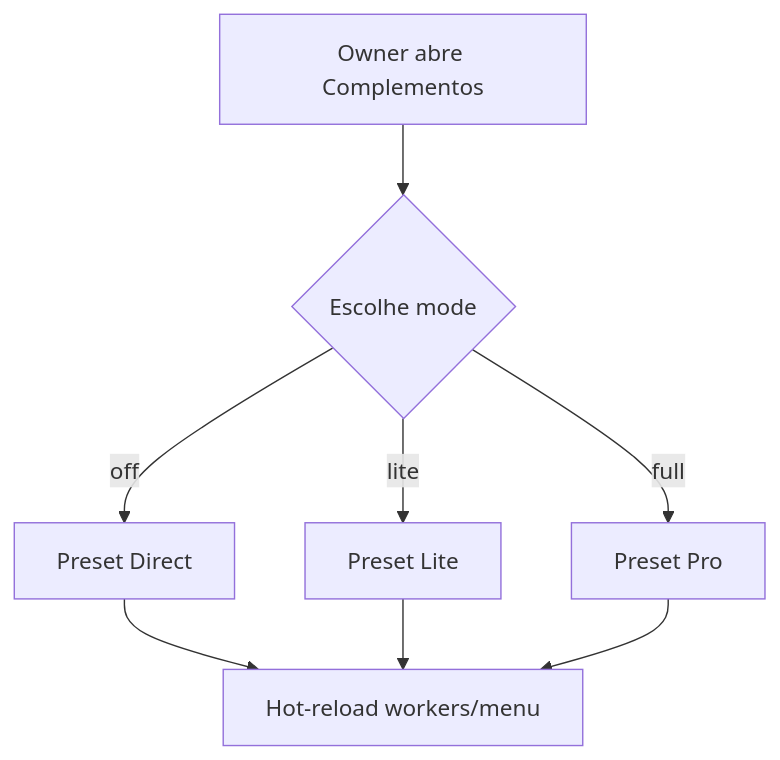
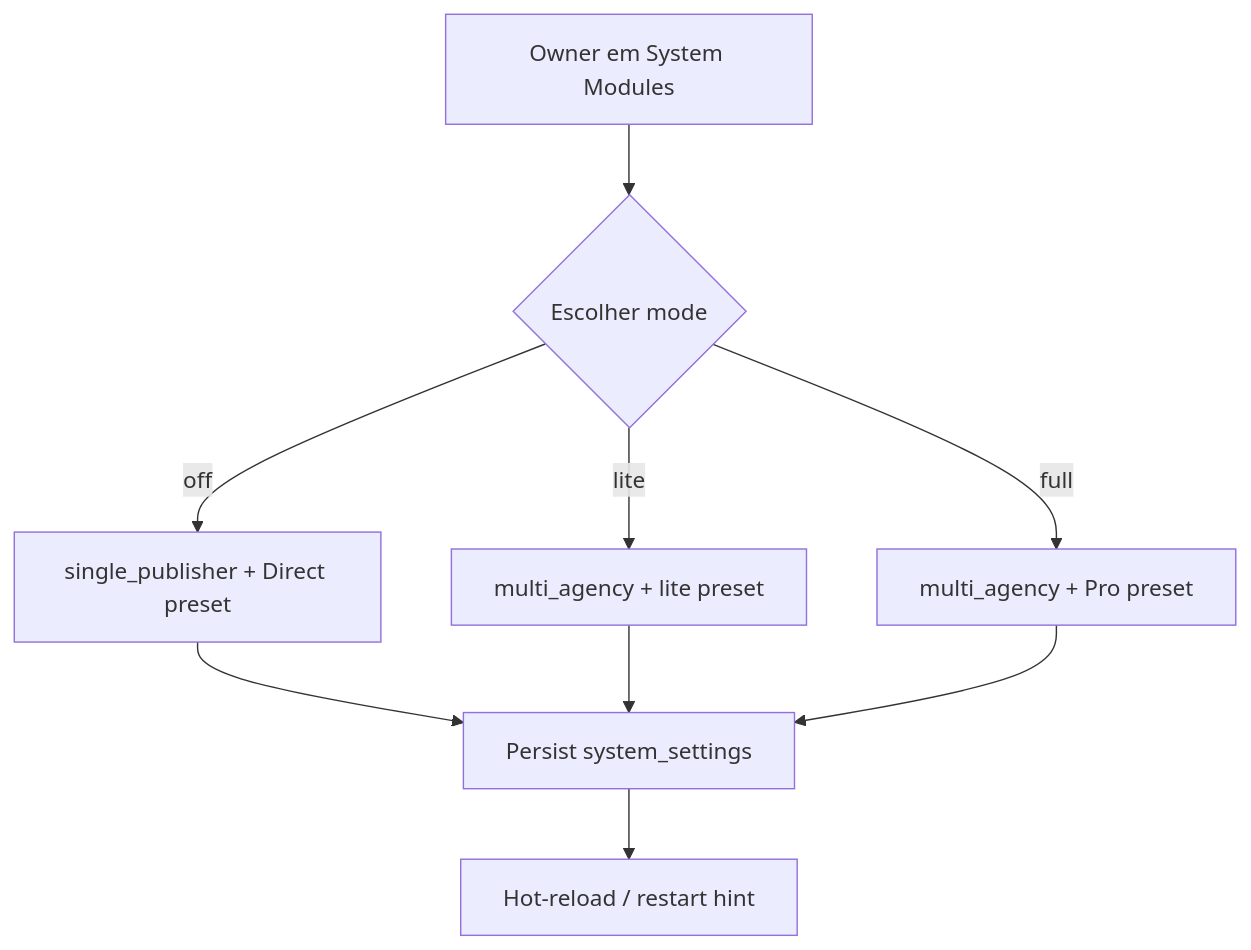
Before and after one commit to Julio-Eyras/TotemDigital-Studio-A.i: the diagram in docs/modulos/product-modes/MODULO.md, drawn with Mermaid. The commit also changed other lines of this file and 47 other files, not shown here.

````diff
--- a/docs/modulos/product-modes/MODULO.md
+++ b/docs/modulos/product-modes/MODULO.md
@@ -89,10 +128,11 @@
 ```mermaid
 flowchart TD
-  A[Owner abre Complementos] --> B{Escolhe mode}
-  B -->|off| C[Preset Direct]
-  B -->|lite| D[Preset Lite]
-  B -->|full| E[Preset Pro]
-  C --> F[Hot-reload workers/menu]
+  A[Owner em System Modules] --> B{Escolher mode}
+  B -->|off| C[single_publisher + Direct preset]
+  B -->|lite| D[multi_agency + lite preset]
+  B -->|full| E[multi_agency + Pro preset]
+  C --> F[Persist system_settings]
   D --> F
   E --> F
+  F --> G[Hot-reload / restart hint]
 ```
````
